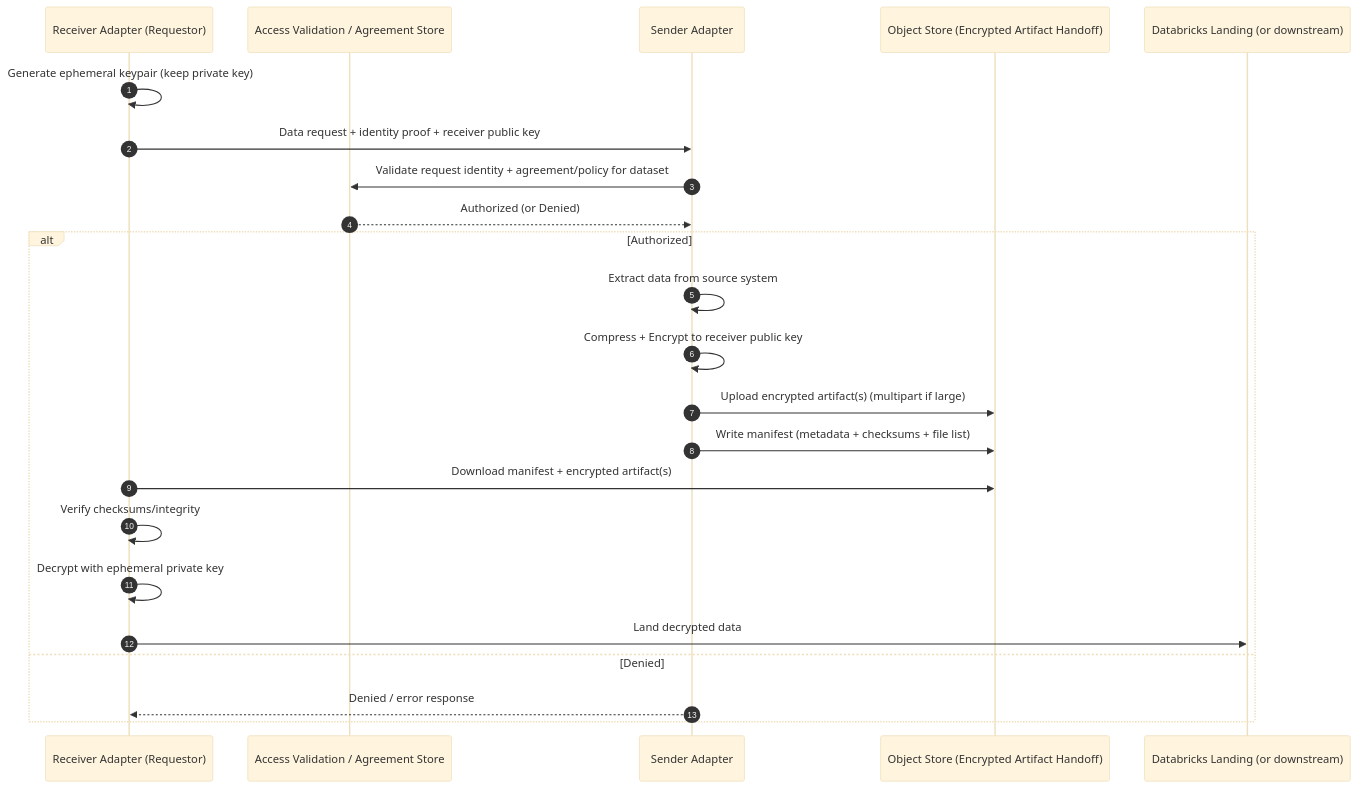
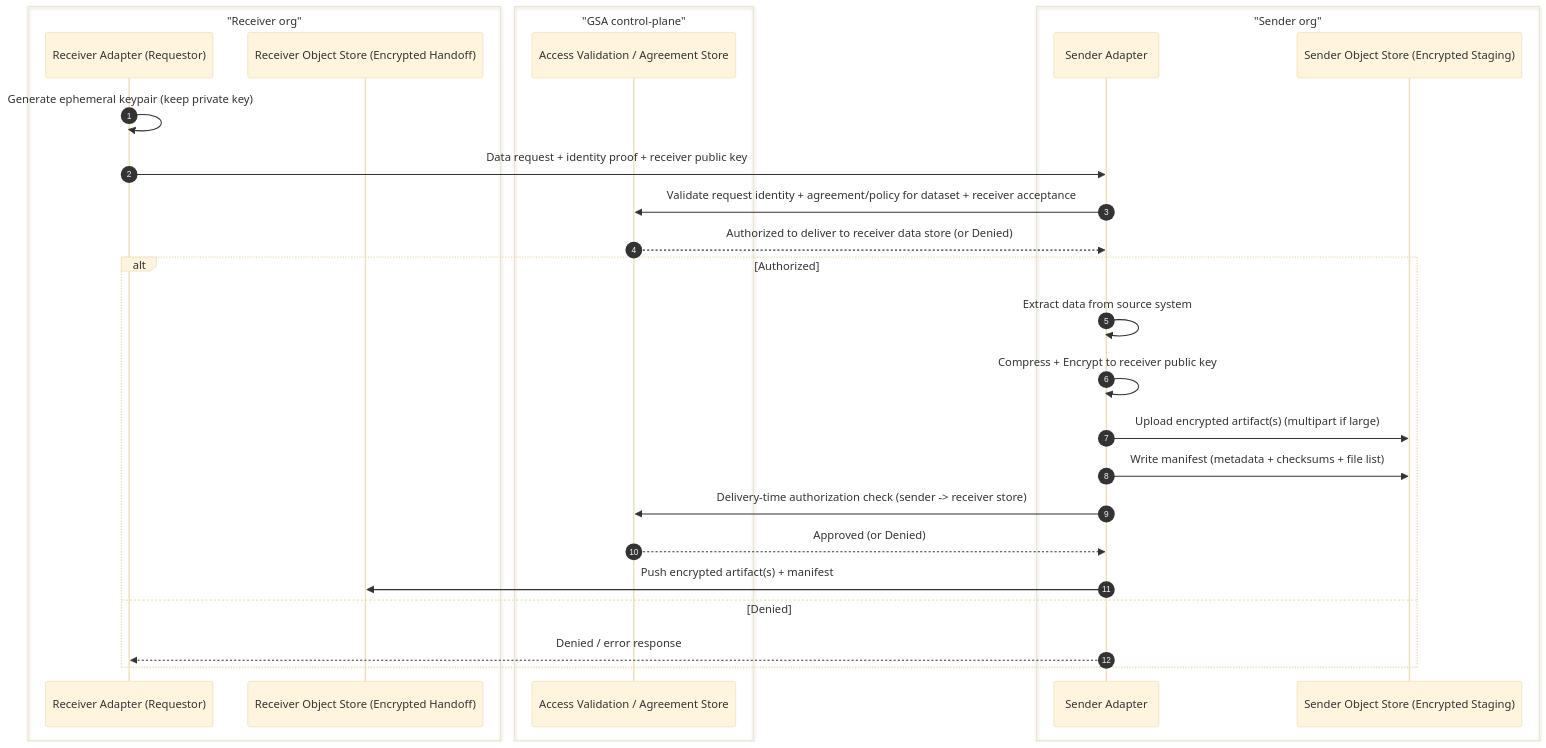
The first of 8 diagrams in docs/adr/0001-fde-architecture-diagrams.md (GSA-TTS/TTSE-Redwood), drawn with Mermaid (base theme) before and after one commit. The commit also changed other lines of this file and 1 other file, not shown here.

First line of the commit message:
adr: simplify zero-trust transfer diagrams and align v0.02 text

````diff
--- a/docs/adr/0001-fde-architecture-diagrams.md
+++ b/docs/adr/0001-fde-architecture-diagrams.md
@@ -7,27 +7,32 @@
 ```mermaid
 sequenceDiagram
   autonumber
-  participant R as Receiver Adapter (Requestor)
-  participant AV as Access Validation / Agreement Store
-  participant S as Sender Adapter
-  participant S3 as Object Store (Encrypted Artifact Handoff)
-  participant D as Databricks Landing (or downstream)
+  box "Receiver org"
+    participant R as Receiver Adapter (Requestor)
+    participant ROS as Receiver Object Store (Encrypted Handoff)
+  end
+  box "GSA control-plane"
+    participant AV as Access Validation / Agreement Store
+  end
+  box "Sender org"
+    participant S as Sender Adapter
+    participant SOS as Sender Object Store (Encrypted Staging)
+  end
 
   R->>R: Generate ephemeral keypair (keep private key)
   R->>S: Data request + identity proof + receiver public key
-  S->>AV: Validate request identity + agreement/policy for dataset
-  AV-->>S: Authorized (or Denied)
+  S->>AV: Validate request identity + agreement/policy for dataset + receiver acceptance
+  AV-->>S: Authorized to deliver to receiver data store (or Denied)
 
   alt Authorized
     S->>S: Extract data from source system
     S->>S: Compress + Encrypt to receiver public key
-    S->>S3: Upload encrypted artifact(s) (multipart if large)
-    S->>S3: Write manifest (metadata + checksums + file list)
-    R->>S3: Download manifest + encrypted artifact(s)
-    R->>R: Verify checksums/integrity
-    R->>R: Decrypt with ephemeral private key
-    R->>D: Land decrypted data
+    S->>SOS: Upload encrypted artifact(s) (multipart if large)
+    S->>SOS: Write manifest (metadata + checksums + file list)
+    S->>AV: Delivery-time authorization check (sender -> receiver store)
+    AV-->>S: Approved (or Denied)
+    S->>ROS: Push encrypted artifact(s) + manifest
   else Denied
     S-->>R: Denied / error response
   end
 ```
````
